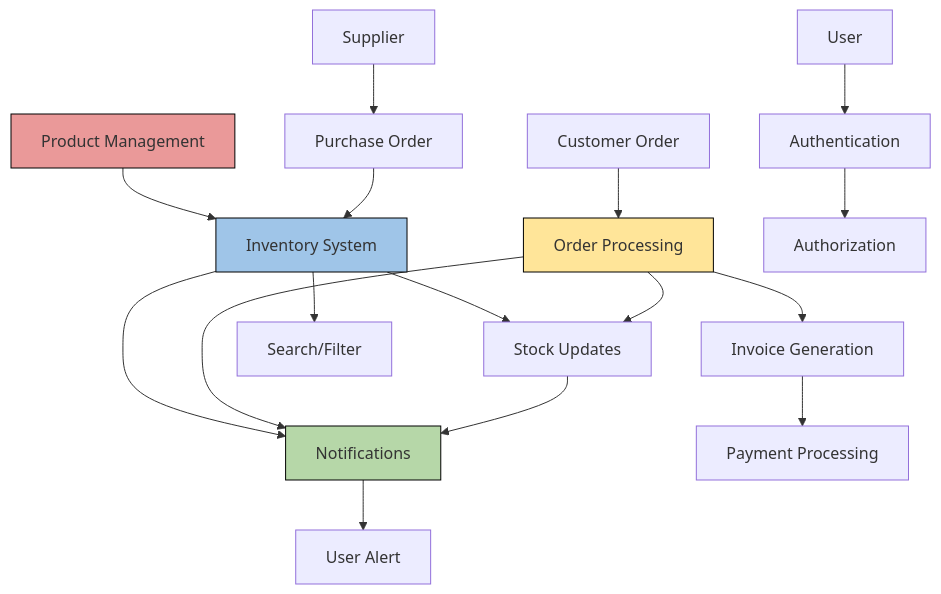
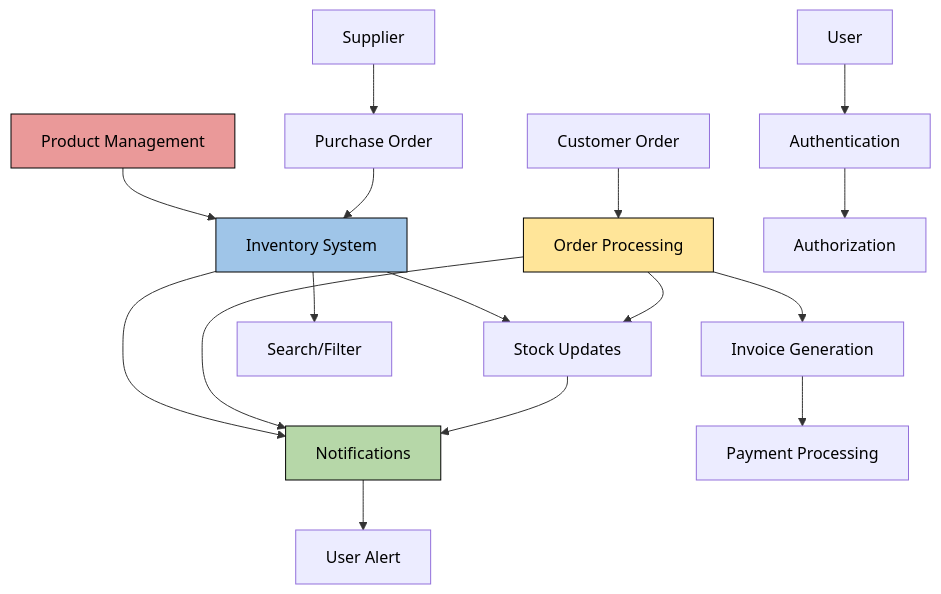
One commit to somshivgupta/Software-Testing-Project changed the diagram in README.md. Above: the diagram before and after it, drawn with Mermaid.

Commit message:
Colours of mermaid diagram updated again

````diff
--- a/README.md
+++ b/README.md
@@ -254,30 +254,31 @@
 ```mermaid
 graph TD
     A[Product Management] --> B[Inventory System]
     B --> C[Stock Updates]
     
     D[Customer Order] --> E[Order Processing]
     E --> C
     E --> F[Invoice Generation]
     
     G[Supplier] --> H[Purchase Order]
     H --> B
     
     B --> I[Notifications]
     E --> I
     
     J[User] --> K[Authentication]
     K --> L[Authorization]
     
     B --> M[Search/Filter]
     
     F --> N[Payment Processing]
     
     C --> I
     I --> O[User Alert]
     
+    classDef default color:#000
     style A fill:#ea9999,stroke:#000
     style B fill:#9fc5e8,stroke:#000
     style E fill:#ffe599,stroke:#000
     style I fill:#b6d7a8,stroke:#000
 ```
````
